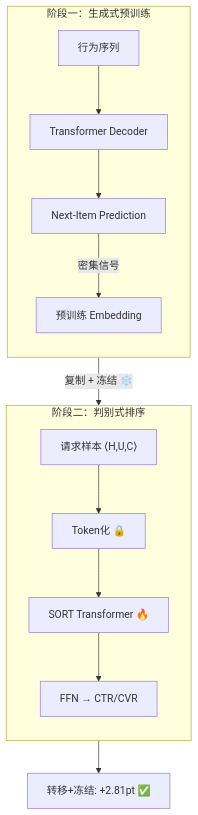
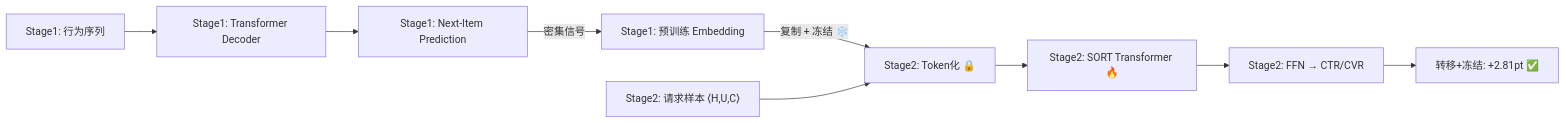
One commit to bansheng/bansheng.github.io changed the fifth of 5 diagrams in content/blog/posts/011_sort_paper_review/index.md. Above: the diagram before and after it, drawn with Mermaid. The commit also changed other lines of this file and 160 other files, not shown here.

```diff
--- a/content/blog/posts/011_sort_paper_review/index.md
+++ b/content/blog/posts/011_sort_paper_review/index.md
@@ -386,18 +359,12 @@
 {{< mermaid >}}
-graph TD
-    subgraph Stage1 ["阶段一：生成式预训练"]
-        direction TB
-        A["行为序列"] --> B["Transformer Decoder"] --> C["Next-Item Prediction"]
-        C -->|"密集信号"| D["预训练 Embedding"]
-    end
+graph LR
+    A["Stage1: 行为序列"] --> B["Stage1: Transformer Decoder"] --> C["Stage1: Next-Item Prediction"]
+    C -->|"密集信号"| D["Stage1: 预训练 Embedding"]
     
     D -->|"复制 + 冻结 ❄️"| G
 
-    subgraph Stage2 ["阶段二：判别式排序"]
-        direction TB
-        F["请求样本 ⟨H,U,C⟩"] --> G["Token化 🔒"]
-        G --> H["SORT Transformer 🔥"] --> I["FFN → CTR/CVR"]
-    end
+    F["Stage2: 请求样本 ⟨H,U,C⟩"] --> G["Stage2: Token化 🔒"]
+    G --> H["Stage2: SORT Transformer 🔥"] --> I["Stage2: FFN → CTR/CVR"]
 
     I --> R["转移+冻结: +2.81pt ✅"]
 {{< /mermaid >}}
```
